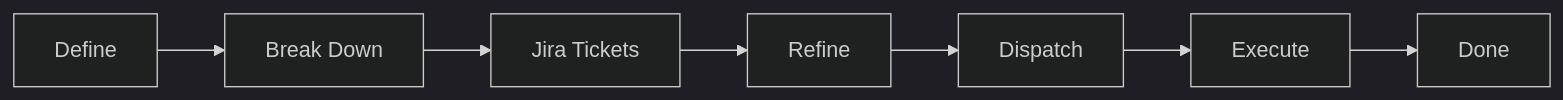
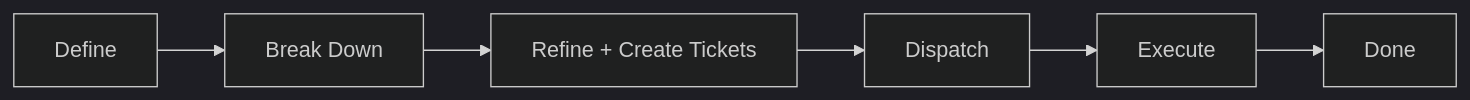
Before and after one commit to ecarrizo2/spec-driven-development-boilerplate: the second of 4 diagrams in user-development/DEVELOPMENT-GUIDE.md, drawn with Mermaid (dark theme). The commit also changed other lines of this file and 6 other files, not shown here.

````diff
--- a/user-development/DEVELOPMENT-GUIDE.md
+++ b/user-development/DEVELOPMENT-GUIDE.md
@@ -315,9 +315,8 @@
 ```mermaid
 graph LR
     D[Define]:::accent0 --> B[Break Down]:::accent1
-    B --> J[Jira Tickets]:::accent2
-    J --> R[Refine]:::accent3
-    R --> DI[Dispatch]:::accent4
-    DI --> E[Execute]:::accent5
-    E --> DN[Done]:::accent6
+    B --> R[Refine + Create Tickets]:::accent2
+    R --> DI[Dispatch]:::accent3
+    DI --> E[Execute]:::accent4
+    E --> DN[Done]:::accent5
 ```
````
